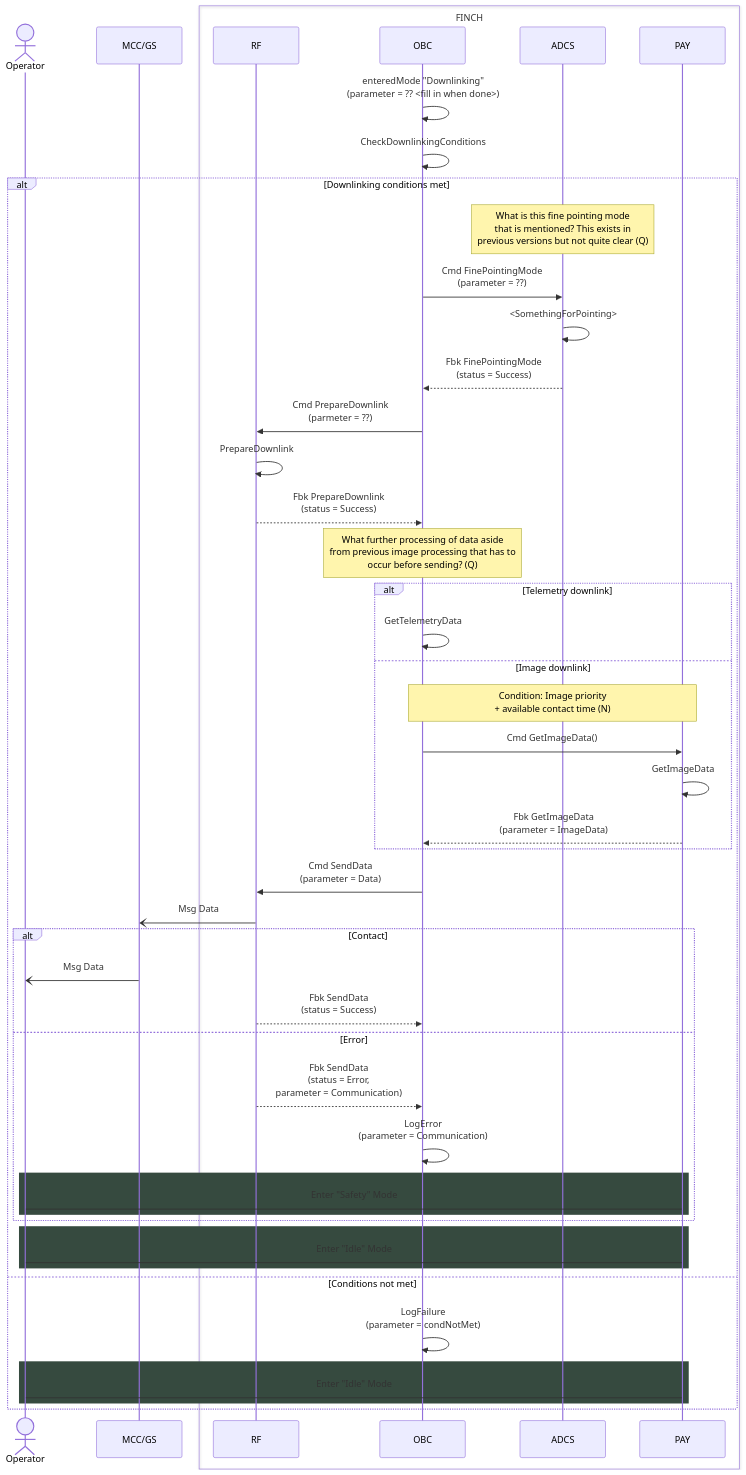
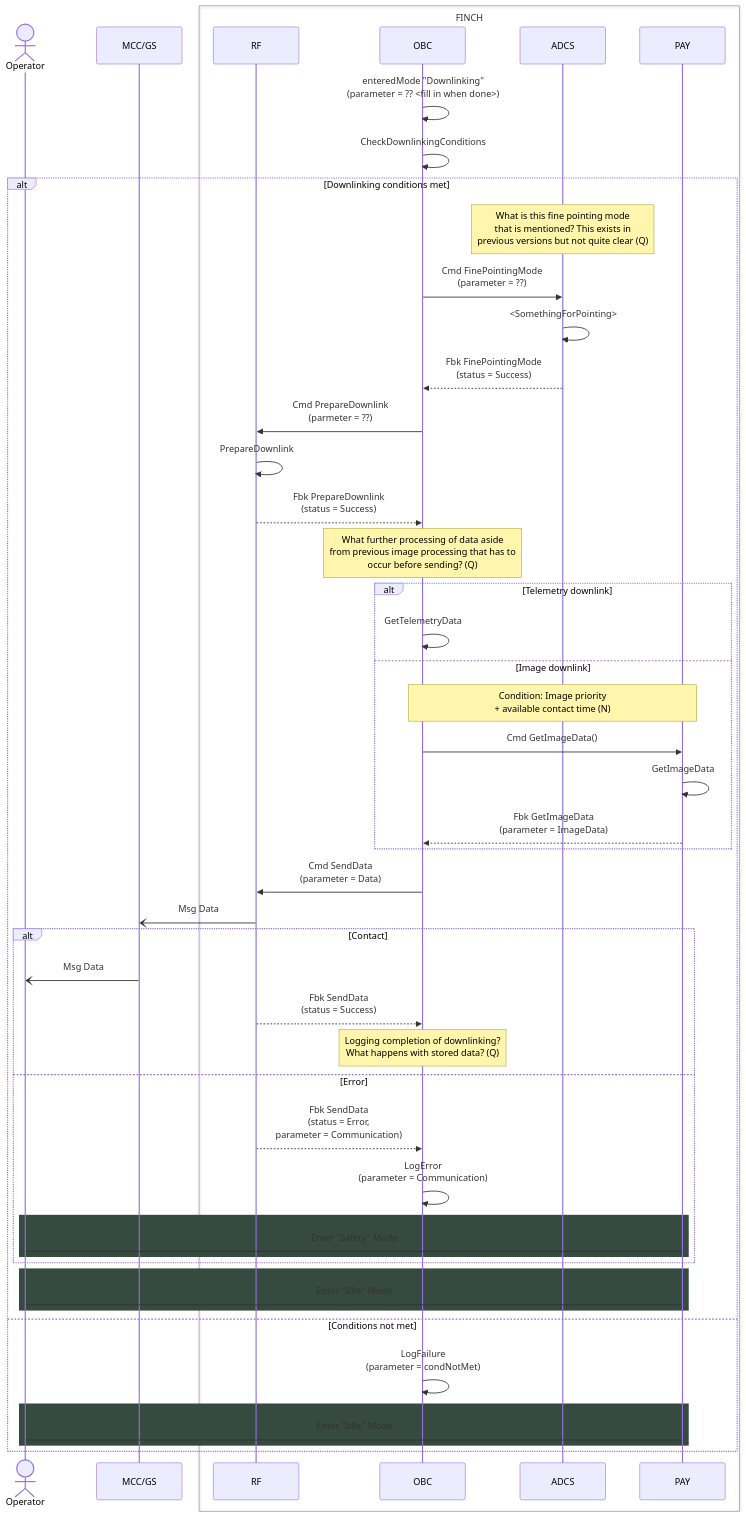
Before and after one commit to Addy-lit/FINCH-system-architecture: the diagram in command sequences/downlinking-command.md, drawn with Mermaid.

````diff
--- a/command sequences/downlinking-command.md
+++ b/command sequences/downlinking-command.md
@@ -2,60 +2,61 @@
 ```mermaid
 
 sequenceDiagram
 
     actor Operator
     participant MCC/GS
     box FINCH
         participant RF
         participant OBC
         participant ADCS
         participant PAY
     end
 
     OBC ->> OBC: enteredMode "Downlinking" <br> (parameter = ?? <fill in when done>)
     OBC ->> OBC: CheckDownlinkingConditions
 
     alt Downlinking conditions met
         note over ADCS: What is this fine pointing mode <br> that is mentioned? This exists in <br> previous versions but not quite clear (Q)
         OBC ->> ADCS: Cmd FinePointingMode <br> (parameter = ??)
         ADCS ->> ADCS: <SomethingForPointing>
         ADCS -->> OBC: Fbk FinePointingMode <br> (status = Success)
 
         OBC ->> RF: Cmd PrepareDownlink <br> (parmeter = ??)
         RF ->> RF: PrepareDownlink
         RF -->> OBC: Fbk PrepareDownlink <br> (status = Success)
 
         note over OBC: What further processing of data aside <br> from previous image processing that has to <br> occur before sending?  (Q)
         alt Telemetry downlink
             OBC ->> OBC: GetTelemetryData
         else Image downlink
             note over OBC,PAY: Condition: Image priority <br> + available contact time (N)
             OBC ->> PAY: Cmd GetImageData()
             PAY ->> PAY: GetImageData
             PAY -->> OBC: Fbk GetImageData <br> (parameter = ImageData)
         end
 
         OBC ->> RF: Cmd SendData <br> (parameter = Data)
         RF -) MCC/GS: Msg Data
         alt Contact
             MCC/GS -) Operator: Msg Data
             RF -->> OBC: Fbk SendData <br> (status = Success)
+			note over OBC: Logging completion of downlinking? <br> What happens with stored data? (Q)
         else Error
             RF -->> OBC: Fbk SendData <br> (status = Error, <br> parameter = Communication)
             OBC ->> OBC: LogError <br> (parameter = Communication)
             rect rgb(54,74,63)
                 Operator -> PAY: Enter "Safety" Mode
             end
         end
 
         rect rgb(54,74,63)
 	        Operator -> PAY: Enter "Idle" Mode
         end
     else Conditions not met
         OBC ->> OBC: LogFailure <br> (parameter = condNotMet)
         rect rgb(54,74,63)
 	        Operator -> PAY: Enter "Idle" Mode
         end
     end
 
 ```
````
